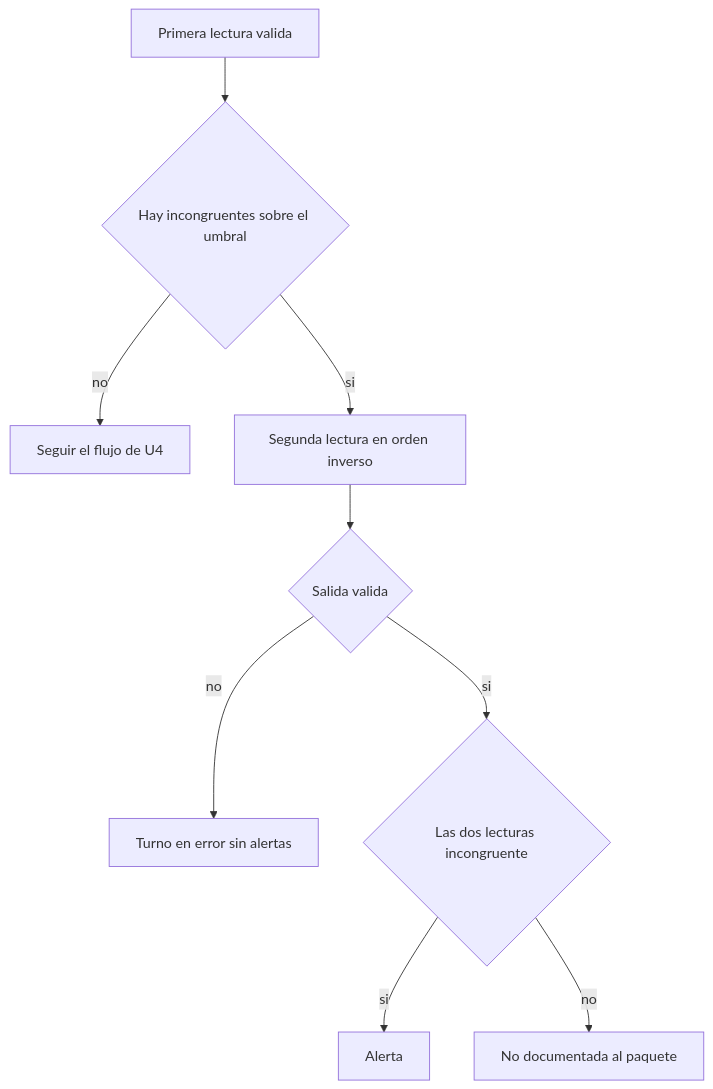
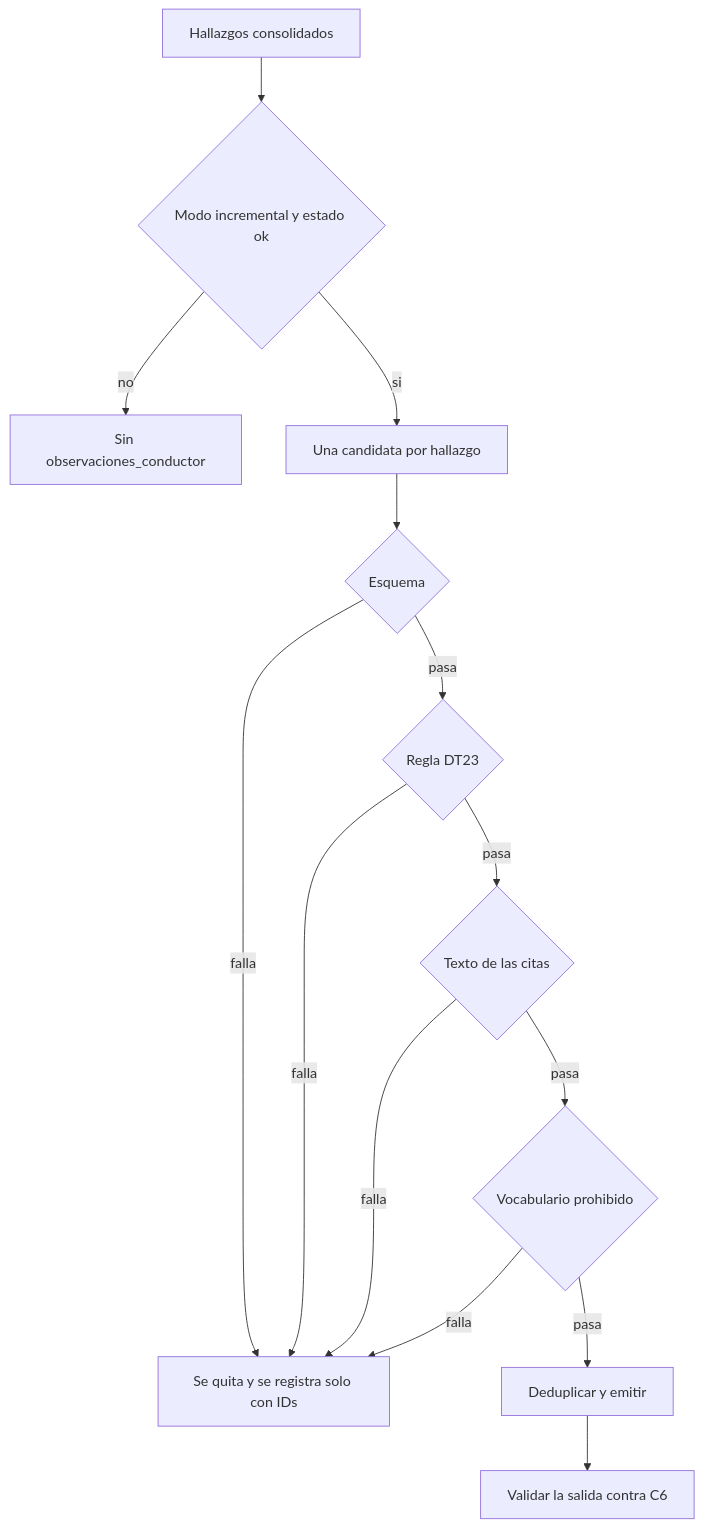
One commit to freyesJaveriana/tai changed the first of 3 diagrams in aidlc/spaces/default/intents/261002-veridicus-mvp/construction/assistant-extras/functional-design/functional-spec.md. Above: the diagram before and after it, drawn with Mermaid. The commit also changed other lines of this file and 9 other files, not shown here.

````diff
--- a/aidlc/spaces/default/intents/261002-veridicus-mvp/construction/assistant-extras/functional-design/functional-spec.md
+++ b/aidlc/spaces/default/intents/261002-veridicus-mvp/construction/assistant-extras/functional-design/functional-spec.md
@@ -40,11 +83,16 @@
 ```mermaid
 flowchart TD
-  A[Primera lectura valida] --> B{Hay incongruentes sobre el umbral}
-  B -- no --> Z[Seguir el flujo de U4]
-  B -- si --> C[Segunda lectura en orden inverso]
-  C --> V{Salida valida}
-  V -- no --> ERR[Turno en error sin alertas]
-  V -- si --> D{Las dos lecturas incongruente}
-  D -- si --> AL[Alerta]
-  D -- no --> ND[No documentada al paquete]
+  A[Hallazgos consolidados] --> M{Modo incremental y estado ok}
+  M -- no --> N[Sin observaciones_conductor]
+  M -- si --> B[Una candidata por hallazgo]
+  B --> S{Esquema}
+  S -- falla --> D[Se quita y se registra solo con IDs]
+  S -- pasa --> R{Regla DT23}
+  R -- falla --> D
+  R -- pasa --> Q{Texto de las citas}
+  Q -- falla --> D
+  Q -- pasa --> V{Vocabulario prohibido}
+  V -- falla --> D
+  V -- pasa --> U[Deduplicar y emitir]
+  U --> C[Validar la salida contra C6]
 ```
````
